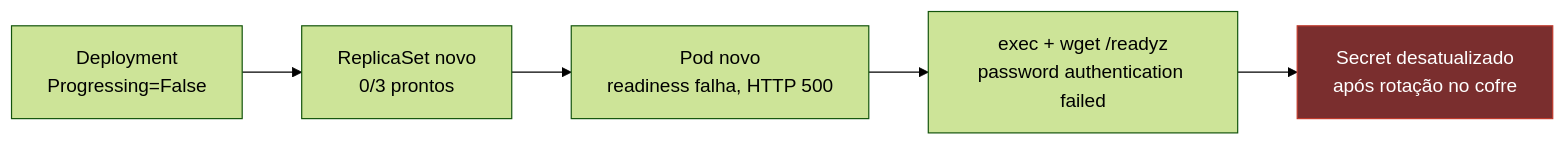
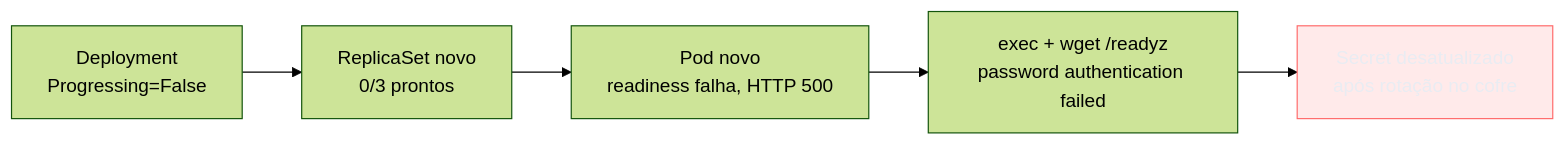
The first of 2 diagrams in 03-Dominios/Tecnologia/Infraestrutura/Kubernetes/22 - Capstone - do zero ao cluster.md (josenaldo/codex-technomanticus), drawn with Mermaid (forest theme) before and after one commit. The commit also changed other lines of this file and 1181 other files, not shown here.

First line of the commit message:
fix(diagramas): paleta do sistema no lugar de cor cravada no markdown

````diff
--- a/03-Dominios/Tecnologia/Infraestrutura/Kubernetes/22 - Capstone - do zero ao cluster.md
+++ b/03-Dominios/Tecnologia/Infraestrutura/Kubernetes/22 - Capstone - do zero ao cluster.md
@@ -310,8 +310,9 @@
 ```mermaid
 flowchart LR
+    classDef falha fill:#FF6B6B24,stroke:#FF6B6B,color:#E9ECF2
     A["Deployment<br/>Progressing=False"] --> B["ReplicaSet novo<br/>0/3 prontos"]
     B --> C["Pod novo<br/>readiness falha, HTTP 500"]
     C --> D["exec + wget /readyz<br/>password authentication failed"]
     D --> E["Secret desatualizado<br/>após rotação no cofre"]
-    style E fill:#7a2e2e,stroke:#c0392b,color:#fff
+    class E falha
 ```
````
